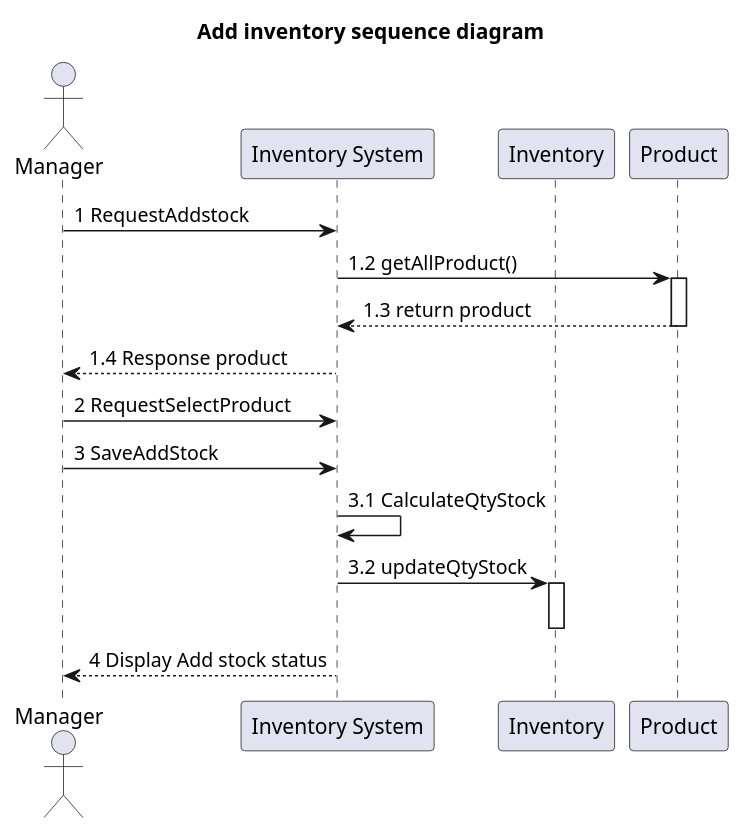
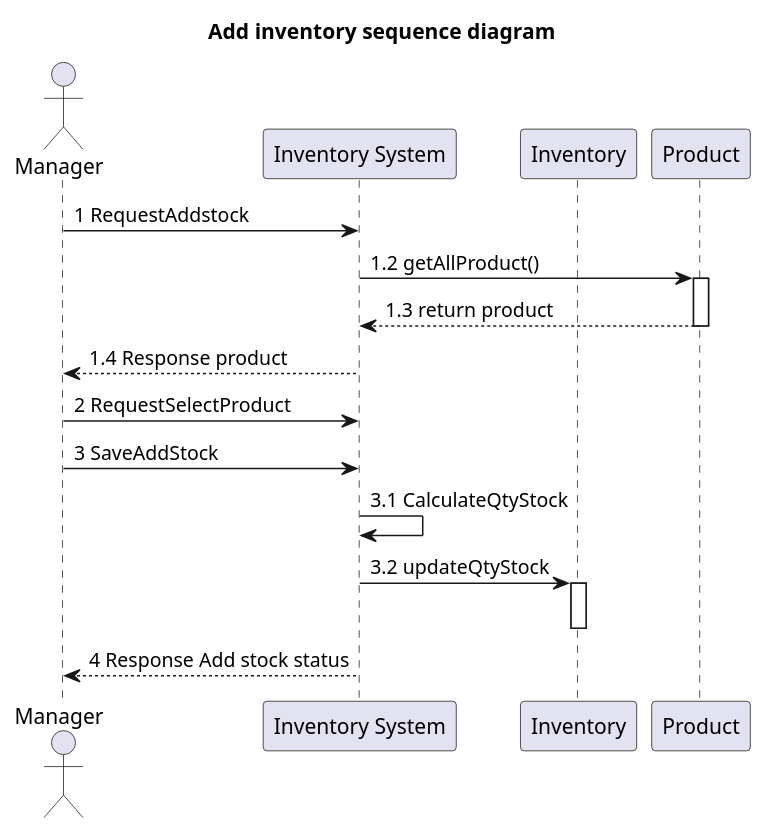
The diagram in system-analysis/sequence/_1_2_sequence-add-inventory.puml (billowdev/inventory-system-plantuml-sequelize-seeder-example), drawn with PlantUML before and after one commit.

```diff
--- a/system-analysis/sequence/_1_2_sequence-add-inventory.puml
+++ b/system-analysis/sequence/_1_2_sequence-add-inventory.puml
@@ -1,54 +1,54 @@
 @startuml
 'https://plantuml.com/sequence-diagram
 
 title Add inventory sequence diagram
 
 actor Manager as actorManager
 participant "Inventory System" as InventorySystem
 participant "Inventory" as classInventory
 participant "Product" as classProduct
 'participant "Category" as classCategory
 
 'actorManager -> InventorySystem: 1. RequestViewStock
 'activate InventorySystem
 
 '-------------- START add stock ---------------
 
 actorManager -> InventorySystem : 1 RequestAddstock
 
 InventorySystem -> classProduct: 1.2 getAllProduct()
 activate classProduct
 
 classProduct --> InventorySystem: 1.3 return product
 deactivate classProduct
 
 InventorySystem  --> actorManager: 1.4 Response product
 
 actorManager -> InventorySystem : 2 RequestSelectProduct
 actorManager -> InventorySystem :  3 SaveAddStock
 
 InventorySystem -> InventorySystem :  3.1 CalculateQtyStock
 
 
 InventorySystem -> classInventory: 3.2 updateQtyStock
 activate classInventory
 
 deactivate classInventory
 
-InventorySystem  --> actorManager : 4 Display Add stock status
+InventorySystem  --> actorManager : 4 Response Add stock status
 deactivate InventorySystem
 
 'classProduct -> classCategory: request category
 'activate classCategory
 '
 'classCategory -> classProduct: response category
 'deactivate classCategory
 
 
 
 'classInventory --> InventorySystem: 4.4 response stock
 'deactivate classInventory
 
 '-------------- END add stock ---------------
 
 @enduml
```
